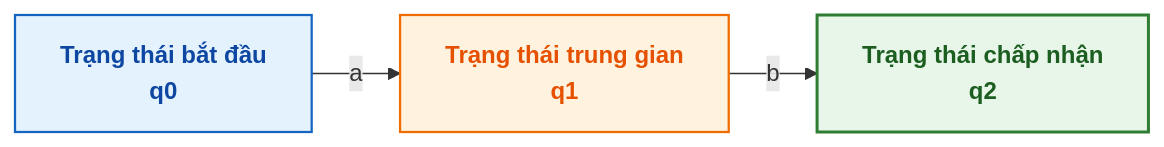
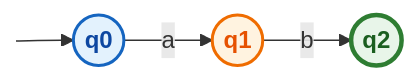
Before and after one commit to huynhthanhphong231004IT/Theoretical_Computer_Science_CT121: the fifth of 7 diagrams in README.md, drawn with Mermaid.

Commit message:
Refine state diagram styles in README
Updated the color styles and added hidden class for the state diagram.

````diff
--- a/README.md
+++ b/README.md
@@ -201,19 +201,23 @@
 ```mermaid
 flowchart LR
-    %% Định nghĩa phong cách màu sắc chuẩn Academic
-    classDef startState fill:#E3F2FD,stroke:#1565C0,stroke-width:1.5px,color:#0D47A1,font-weight:bold;
-    classDef normalState fill:#FFF3E0,stroke:#EF6C00,stroke-width:1.5px,color:#E65100,font-weight:bold;
-    classDef acceptState fill:#E8F5E9,stroke:#2E7D32,stroke-width:2px,color:#1B5E20,font-weight:bold;
+    %% Định nghĩa phong cách chuẩn Academic cho đồ thị trạng thái
+    classDef startState fill:#E3F2FD,stroke:#1565C0,stroke-width:2px,color:#0D47A1,font-weight:bold;
+    classDef normalState fill:#FFF3E0,stroke:#EF6C00,stroke-width:2px,color:#E65100,font-weight:bold;
+    classDef acceptState fill:#E8F5E9,stroke:#2E7D32,stroke-width:3px,color:#1B5E20,font-weight:bold;
+    classDef hidden fill:none,stroke:none;
 
-    %% Điểm bắt đầu ảo để chỉ định trạng thái start (q0)
-    direction LR
-    
-    %% Các nút trạng thái (q2 là trạng thái kết/chấp nhận)
-    q0["Trạng thái bắt đầu<br/>q0"]:::startState
-    q1["Trạng thái trung gian<br/>q1"]:::normalState
-    q2["Trạng thái chấp nhận<br/>q2"]:::acceptState
+    %% Điểm khởi đầu mũi tên chỉ trạng thái bắt đầu
+    Start([ ]) --> q0
+
+    %% Các trạng thái dạng hình tròn (( ))
+    q0((q0)):::startState
+    q1((q1)):::normalState
+    q2((q2)):::acceptState
 
     %% Các chuyển đổi (Transitions)
     q0 -->|a| q1
     q1 -->|b| q2
+
+    %% Ẩn node khởi đầu
+    Start:::hidden
 ```
````
